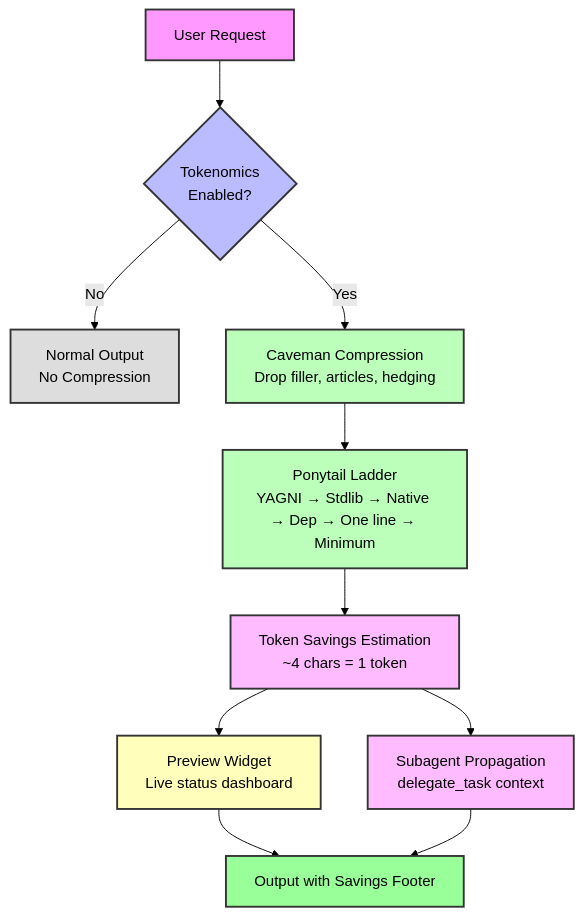
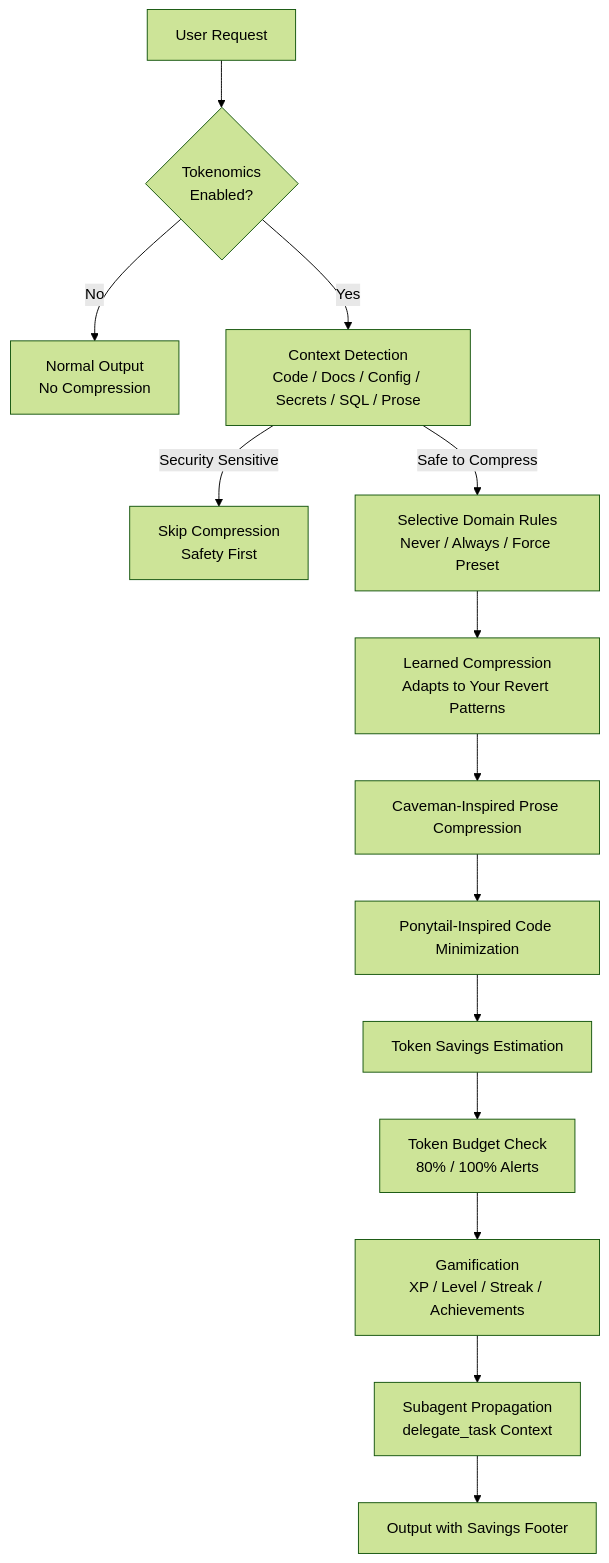
The diagram in claude-code/SKILL.md (z99wE/tokenomics-plugin), drawn with Mermaid (forest theme) before and after one commit. The commit also changed other lines of this file and 3 other files, not shown here.

````diff
--- a/claude-code/SKILL.md
+++ b/claude-code/SKILL.md
@@ -37,21 +44,16 @@
 ```mermaid
 flowchart TD
     A[User Request] --> B{Tokenomics<br/>Enabled?}
     B -->|No| C[Normal Output<br/>No Compression]
-    B -->|Yes| D[Caveman Compression<br/>Drop filler, articles, hedging]
-    D --> E[Ponytail Ladder<br/>YAGNI → Stdlib → Native → Dep → One line → Minimum]
-    E --> F[Token Savings Estimation<br/>~4 chars = 1 token]
-    F --> G[Preview Widget<br/>Live status dashboard]
-    F --> H[Subagent Propagation<br/>delegate_task context]
-    G --> I[Output with Savings Footer]
-    H --> I
-    style A fill:#f9f,stroke:#333,stroke-width:2px
-    style B fill:#bbf,stroke:#333,stroke-width:2px
-    style D fill:#bfb,stroke:#333,stroke-width:2px
-    style E fill:#bfb,stroke:#333,stroke-width:2px
-    style F fill:#fbf,stroke:#333,stroke-width:2px
-    style G fill:#ffb,stroke:#333,stroke-width:2px
-    style H fill:#fbf,stroke:#333,stroke-width:2px
-    style I fill:#9f9,stroke:#333,stroke-width:2px
-    style C fill:#ddd,stroke:#333,stroke-width:2px
+    B -->|Yes| D[Context Detection<br/>Code / Docs / Config / Secrets / SQL / Prose]
+    D -->|Security Sensitive| E[Skip Compression<br/>Safety First]
+    D -->|Safe to Compress| F[Selective Domain Rules<br/>Never / Always / Force Preset]
+    F --> G[Learned Compression<br/>Adapts to Your Revert Patterns]
+    G --> H[Caveman-Inspired Prose Compression]
+    H --> I[Ponytail-Inspired Code Minimization]
+    I --> J[Token Savings Estimation]
+    J --> K[Token Budget Check<br/>80% / 100% Alerts]
+    K --> L[Gamification<br/>XP / Level / Streak / Achievements]
+    L --> M[Subagent Propagation<br/>delegate_task Context]
+    M --> N[Output with Savings Footer]
 ```
````
